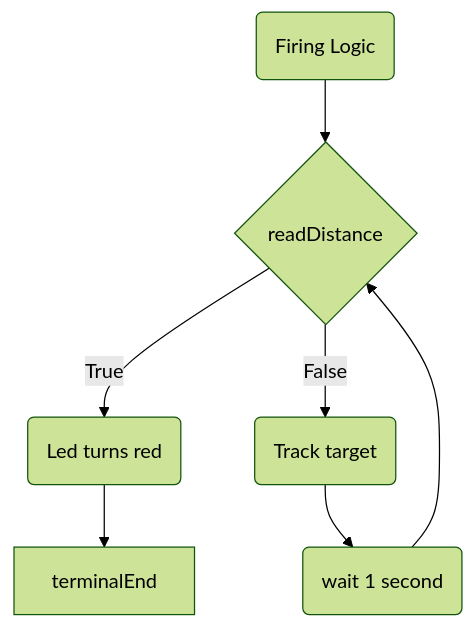
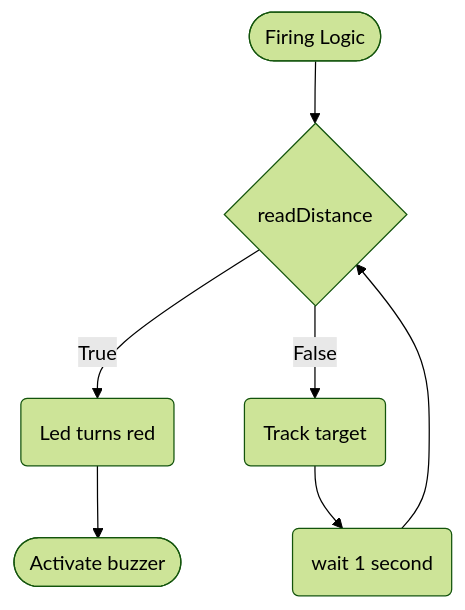
Before and after one commit to Zac2259/Smart-Turret: the third of 3 diagrams in logic.md, drawn with Mermaid (forest theme). The commit also changed other lines of this file, not shown here.

````diff
--- a/logic.md
+++ b/logic.md
@@ -47,15 +46,16 @@
 ```mermaid
 flowchart TD
 %%Firing logic
-firelogic(Firing Logic)
+terminalStart3([Firing Logic])
+terminalEnd3([Activate buzzer])
 readdistance{readDistance}
 fire(Led turns red)
 Keeptrack(Track target)
 loop4(wait 1 second)
-firelogic --> readdistance
+terminalStart3 --> readdistance
 readdistance --> |True| fire
-fire --> terminalEnd
+fire --> terminalEnd3
 readdistance --> |False| Keeptrack
 Keeptrack --> loop4 
 loop4 --> readdistance
 ```
````
